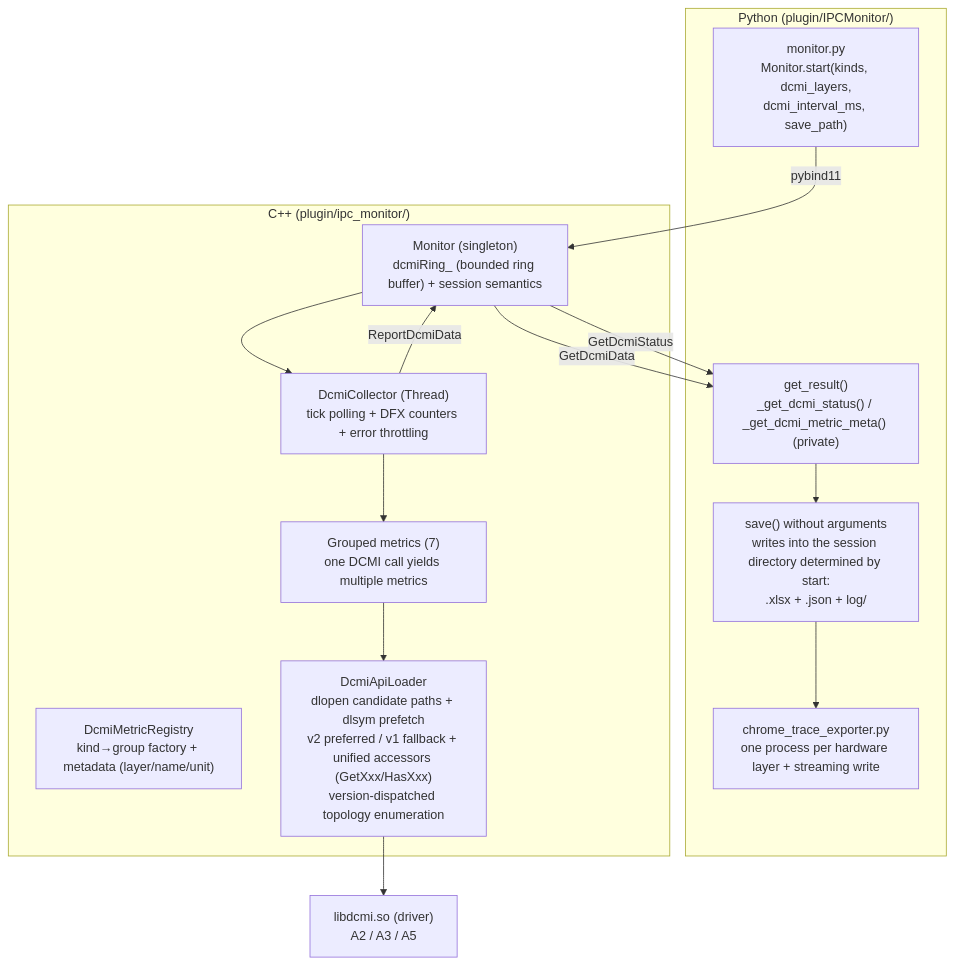
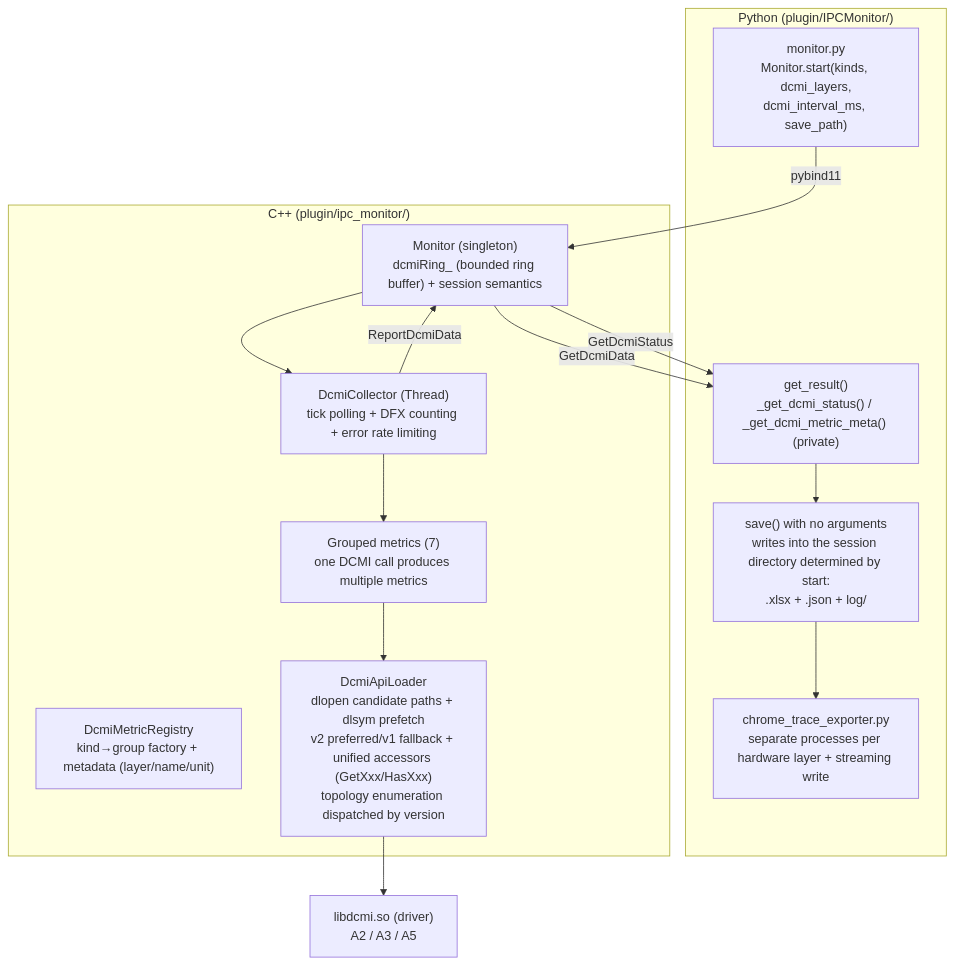
Before and after one commit to Ascend/msmonitor: the first of 6 diagrams in docs/en/design/dcmi_chrome_trace_plan.md, drawn with Mermaid. The commit also changed other lines of this file and 19 other files, not shown here.

````diff
--- a/docs/en/design/dcmi_chrome_trace_plan.md
+++ b/docs/en/design/dcmi_chrome_trace_plan.md
@@ -75,30 +75,30 @@
 ```mermaid
 flowchart TD
     subgraph Python["Python (plugin/IPCMonitor/)"]
         PY_MON["monitor.py<br/>Monitor.start(kinds, dcmi_layers,<br/>dcmi_interval_ms, save_path)"]
         PY_RES["get_result()<br/>_get_dcmi_status() / _get_dcmi_metric_meta() (private)"]
-        PY_SAVE["save() without arguments<br/>writes into the session directory determined by start:<br/>.xlsx + .json + log/"]
-        EXP["chrome_trace_exporter.py<br/>one process per hardware layer + streaming write"]
+        PY_SAVE["save() with no arguments<br/>writes into the session directory determined by start:<br/>.xlsx + .json + log/"]
+        EXP["chrome_trace_exporter.py<br/>separate processes per hardware layer + streaming write"]
     end
 
     subgraph CPP["C++ (plugin/ipc_monitor/)"]
         MON["Monitor (singleton)<br/>dcmiRing_ (bounded ring buffer) + session semantics"]
-        COL["DcmiCollector (Thread)<br/>tick polling + DFX counters + error throttling"]
+        COL["DcmiCollector (Thread)<br/>tick polling + DFX counting + error rate limiting"]
         REG["DcmiMetricRegistry<br/>kind→group factory + metadata (layer/name/unit)"]
-        GRP["Grouped metrics (7)<br/>one DCMI call yields multiple metrics"]
-        LDR["DcmiApiLoader<br/>dlopen candidate paths + dlsym prefetch<br/>v2 preferred / v1 fallback + unified accessors (GetXxx/HasXxx)<br/>version-dispatched topology enumeration"]
+        GRP["Grouped metrics (7)<br/>one DCMI call produces multiple metrics"]
+        LDR["DcmiApiLoader<br/>dlopen candidate paths + dlsym prefetch<br/>v2 preferred/v1 fallback + unified accessors (GetXxx/HasXxx)<br/>topology enumeration dispatched by version"]
     end
 
     HW["libdcmi.so (driver)<br/>A2 / A3 / A5"]
 
     PY_MON -->|pybind11| MON
     MON --> COL
     COL --> GRP
     GRP --> LDR
     LDR --> HW
     COL -->|ReportDcmiData| MON
     MON -->|GetDcmiData| PY_RES
     MON -->|GetDcmiStatus| PY_RES
     PY_RES --> PY_SAVE
     PY_SAVE --> EXP
 ```
````
